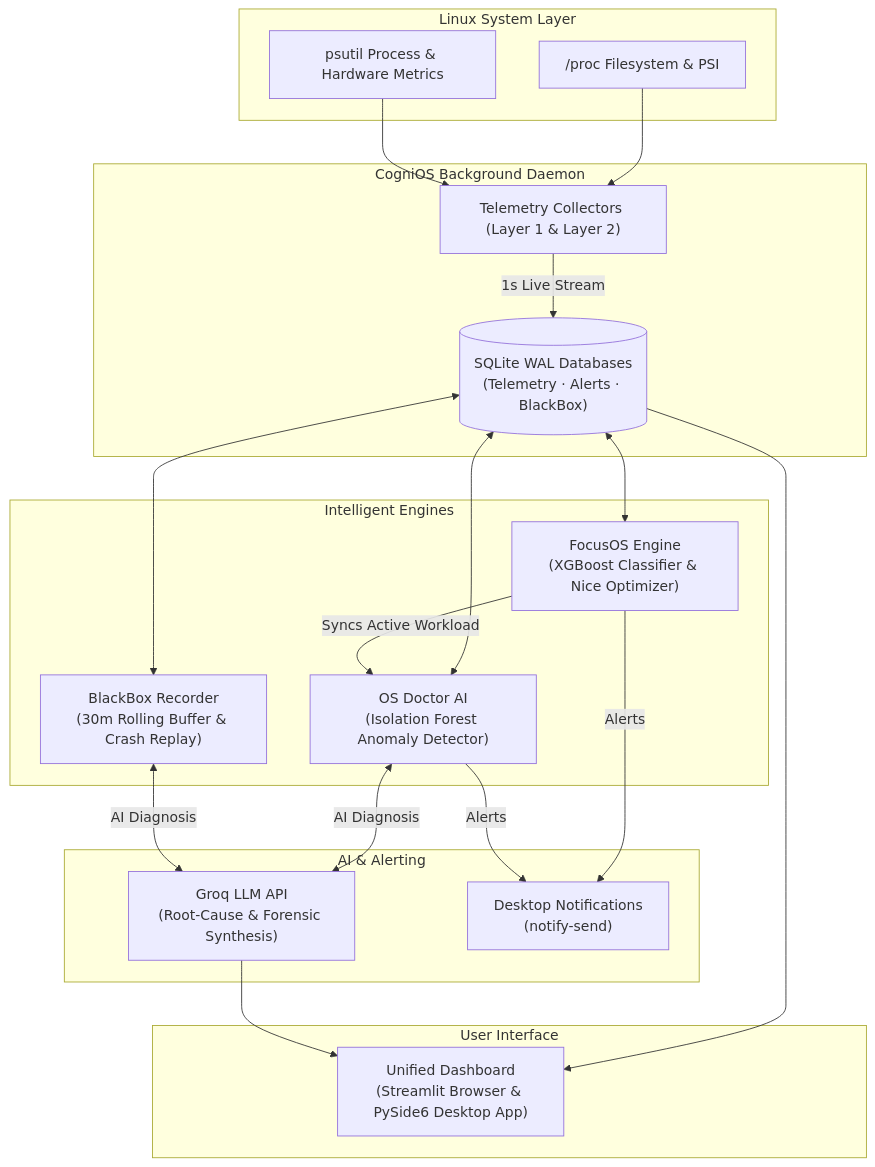
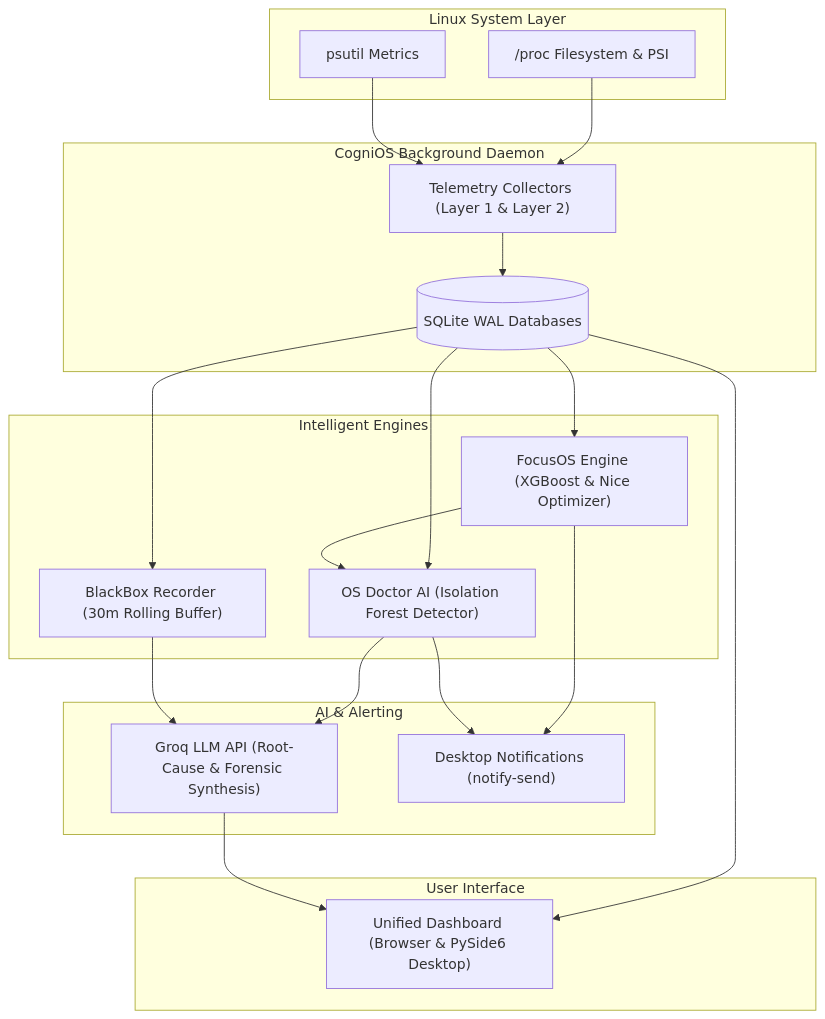
Before and after one commit to devlup-labs/CogniOS: the diagram in README.md, drawn with Mermaid. The commit also changed other lines of this file, not shown here.

Commit message:
fix: archi. diag

````diff
--- a/README.md
+++ b/README.md
@@ -36,41 +73,44 @@
 ```mermaid
-flowchart TD
-    subgraph OS["Linux System Layer"]
+graph TD
+    subgraph SystemLayer[Linux System Layer]
         PROC["/proc Filesystem & PSI"]
-        PS["psutil Process & Hardware Metrics"]
+        PS["psutil Metrics"]
     end
 
-    subgraph Core["CogniOS Background Daemon"]
+    subgraph DaemonLayer[CogniOS Background Daemon]
         COL["Telemetry Collectors (Layer 1 & Layer 2)"]
-        DB[("SQLite WAL Databases\n(Telemetry · Alerts · BlackBox)")]
+        DB[("SQLite WAL Databases")]
     end
 
-    subgraph Modules["Intelligent Engines"]
-        FO["FocusOS Engine\n(XGBoost Classifier & Nice Optimizer)"]
-        OD["OS Doctor AI\n(Isolation Forest Anomaly Detector)"]
-        BB["BlackBox Recorder\n(30m Rolling Buffer & Crash Replay)"]
+    subgraph EngineLayer[Intelligent Engines]
+        FO["FocusOS Engine (XGBoost & Nice Optimizer)"]
+        OD["OS Doctor AI (Isolation Forest Detector)"]
+        BB["BlackBox Recorder (30m Rolling Buffer)"]
     end
 
-    subgraph AI["AI & Alerting"]
-        GROQ["Groq LLM API\n(Root-Cause & Forensic Synthesis)"]
-        NOTIF["Desktop Notifications\n(notify-send)"]
+    subgraph AILayer[AI & Alerting]
+        GROQ["Groq LLM API (Root-Cause & Forensic Synthesis)"]
+        NOTIF["Desktop Notifications (notify-send)"]
     end
 
-    subgraph UI["User Interface"]
-        DASH["Unified Dashboard\n(Streamlit Browser & PySide6 Desktop App)"]
+    subgraph UILayer[User Interface]
+        DASH["Unified Dashboard (Browser & PySide6 Desktop)"]
     end
 
-    PROC & PS --> COL
-    COL -->|1s Live Stream| DB
+    PROC --> COL
+    PS --> COL
+    COL --> DB
 
-    DB <--> FO
-    DB <--> OD
-    DB <--> BB
+    DB --> FO
+    DB --> OD
+    DB --> BB
 
-    FO -->|Syncs Active Workload| OD
-    OD & BB <-->|AI Diagnosis| GROQ
-    FO & OD -->|Alerts| NOTIF
+    FO --> OD
+    OD --> GROQ
+    BB --> GROQ
+    FO --> NOTIF
+    OD --> NOTIF
 
     DB --> DASH
     GROQ --> DASH
 ```
````
